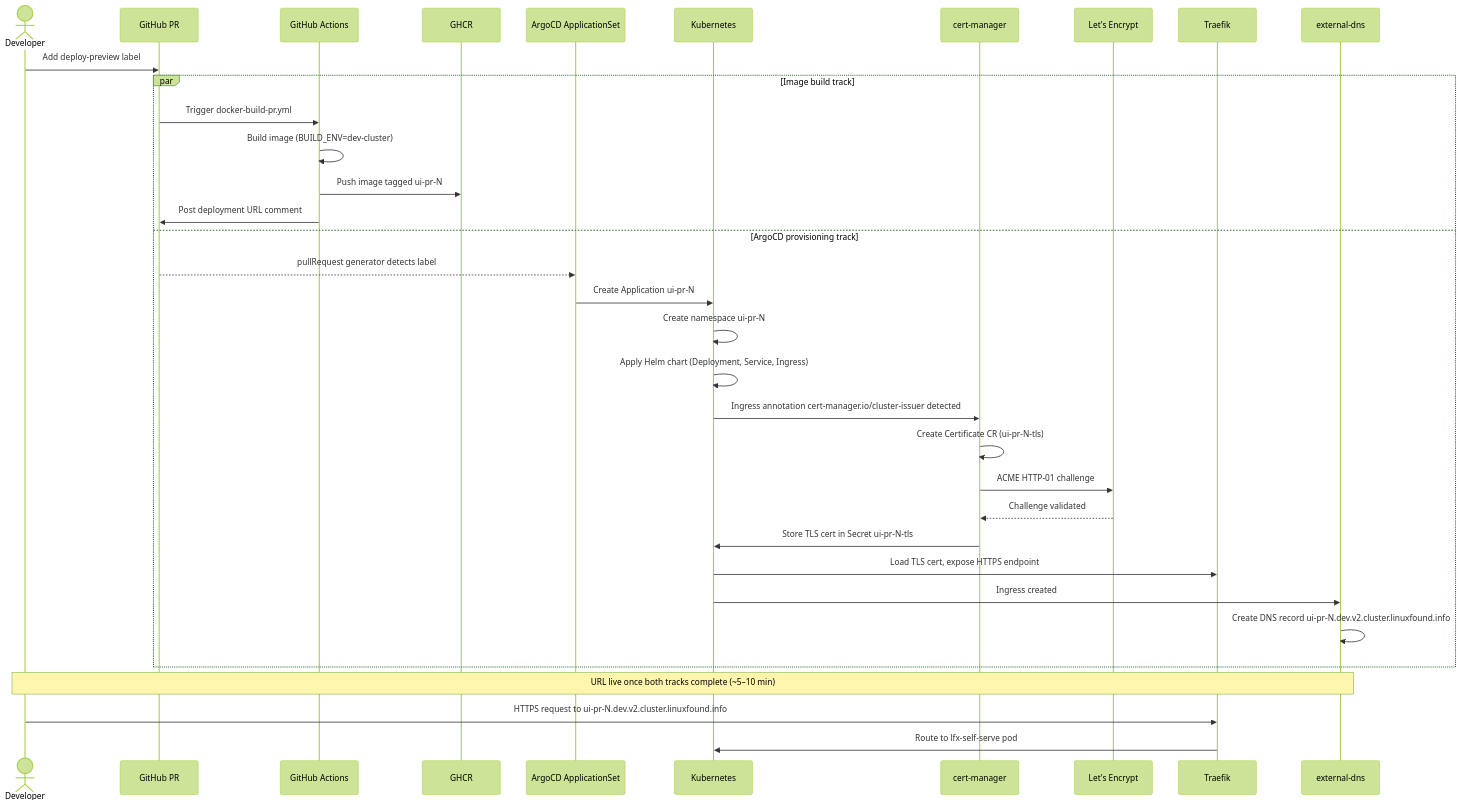
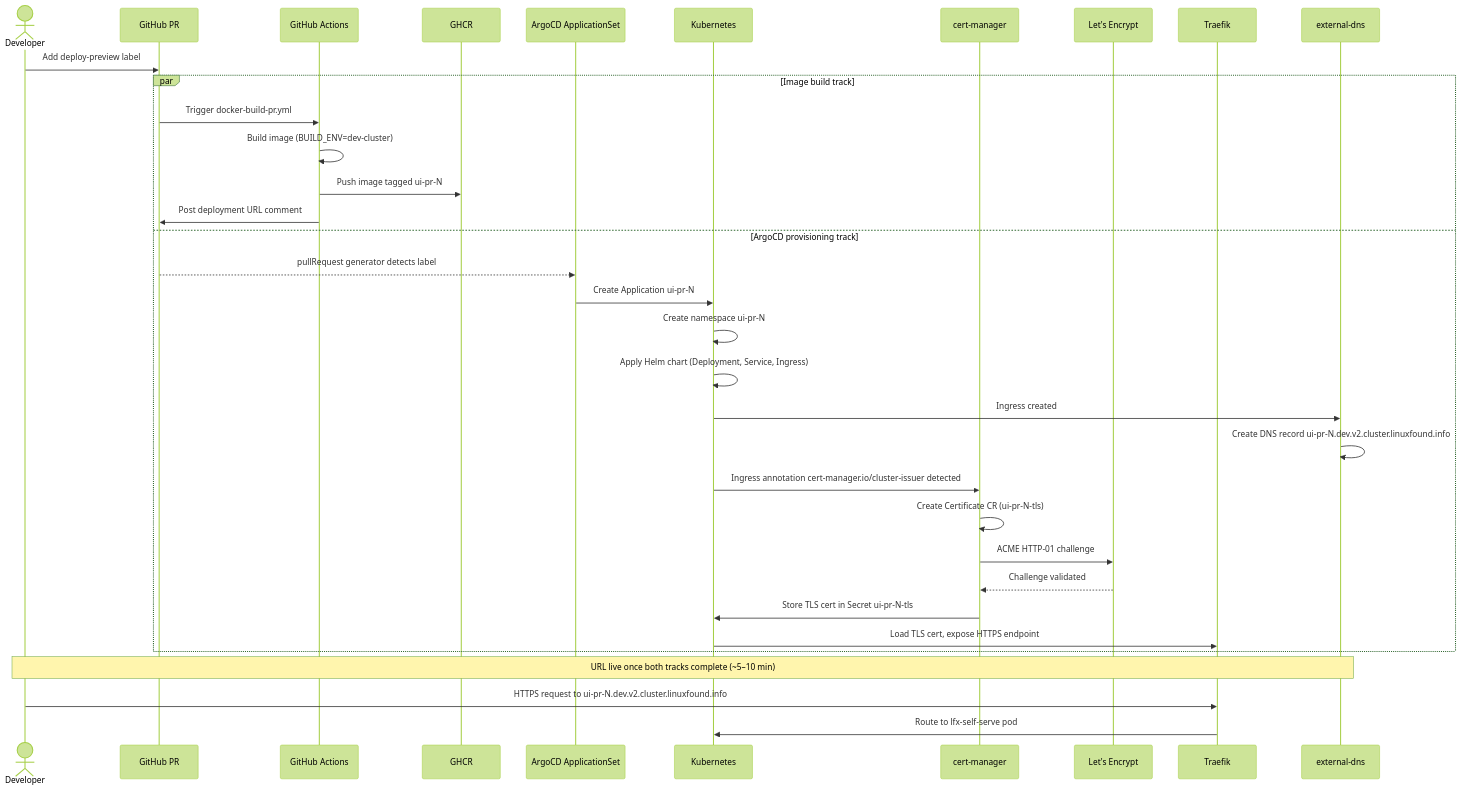
The diagram in docs/architecture/deployment.md (linuxfoundation/lfx-self-serve), drawn with Mermaid (forest theme) before and after one commit. The commit also changed other lines of this file and 2 other files, not shown here.

````diff
--- a/docs/architecture/deployment.md
+++ b/docs/architecture/deployment.md
@@ -74,39 +78,39 @@
 ```mermaid
 sequenceDiagram
     actor Dev as Developer
     participant GH as GitHub PR
     participant CI as GitHub Actions
     participant GHCR as GHCR
     participant AS as ArgoCD ApplicationSet
     participant K8s as Kubernetes
     participant CM as cert-manager
     participant LE as Let's Encrypt
     participant Traefik as Traefik
     participant EDNS as external-dns
 
     Dev->>GH: Add deploy-preview label
 
     par Image build track
         GH->>CI: Trigger docker-build-pr.yml
         CI->>CI: Build image (BUILD_ENV=dev-cluster)
         CI->>GHCR: Push image tagged ui-pr-N
         CI->>GH: Post deployment URL comment
     and ArgoCD provisioning track
         GH-->>AS: pullRequest generator detects label
         AS->>K8s: Create Application ui-pr-N
         K8s->>K8s: Create namespace ui-pr-N
         K8s->>K8s: Apply Helm chart (Deployment, Service, Ingress)
+        K8s->>EDNS: Ingress created
+        EDNS->>EDNS: Create DNS record ui-pr-N.dev.v2.cluster.linuxfound.info
         K8s->>CM: Ingress annotation cert-manager.io/cluster-issuer detected
         CM->>CM: Create Certificate CR (ui-pr-N-tls)
         CM->>LE: ACME HTTP-01 challenge
         LE-->>CM: Challenge validated
         CM->>K8s: Store TLS cert in Secret ui-pr-N-tls
         K8s->>Traefik: Load TLS cert, expose HTTPS endpoint
-        K8s->>EDNS: Ingress created
-        EDNS->>EDNS: Create DNS record ui-pr-N.dev.v2.cluster.linuxfound.info
     end
 
     Note over Dev,EDNS: URL live once both tracks complete (~5–10 min)
     Dev->>Traefik: HTTPS request to ui-pr-N.dev.v2.cluster.linuxfound.info
     Traefik->>K8s: Route to lfx-self-serve pod
 ```
````
